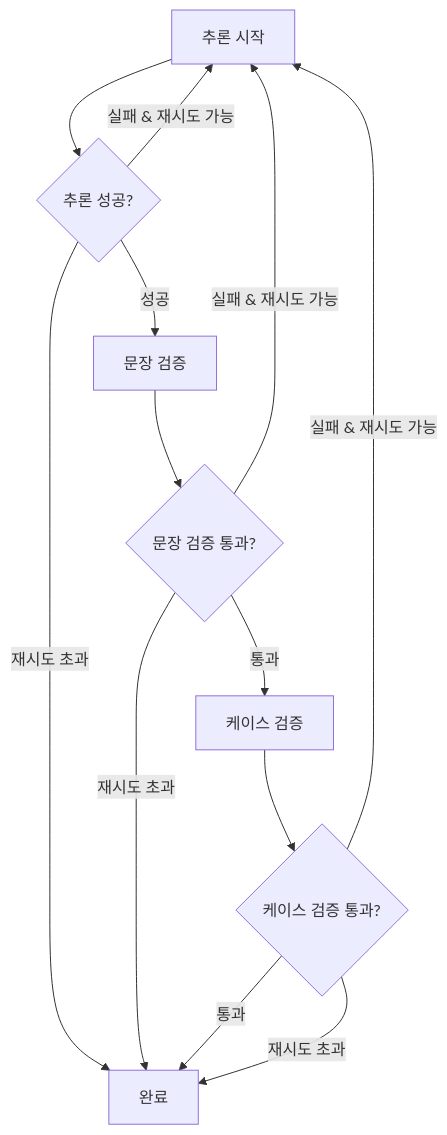
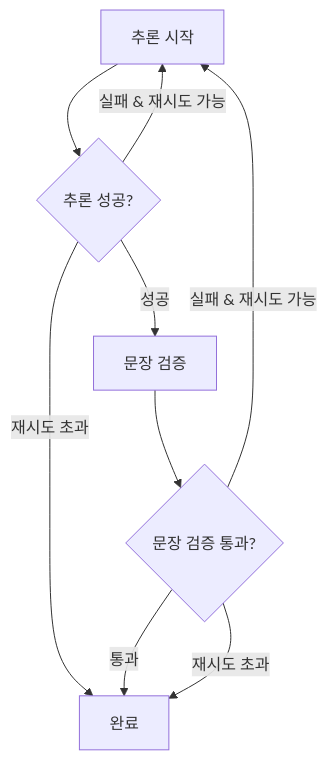
Before and after one commit to Da-Pak/cohort-selection: the diagram in README.md, drawn with Mermaid. The commit also changed other lines of this file and 6 other files, not shown here.

````diff
--- a/README.md
+++ b/README.md
@@ -35,17 +35,12 @@
 ```mermaid
 graph TD
     A[추론 시작] --> B{추론 성공?}
     B -->|성공| C[문장 검증]
     B -->|실패 & 재시도 가능| A
     B -->|재시도 초과| G[완료]
     
     C --> D{문장 검증 통과?}
-    D -->|통과| E[케이스 검증]
+    D -->|통과| G[완료]
     D -->|실패 & 재시도 가능| A
     D -->|재시도 초과| G
-    
-    E --> F{케이스 검증 통과?}
-    F -->|통과| G
-    F -->|실패 & 재시도 가능| A
-    F -->|재시도 초과| G
 ```
````
